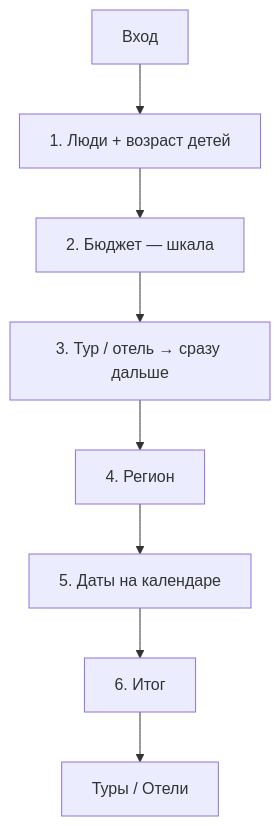
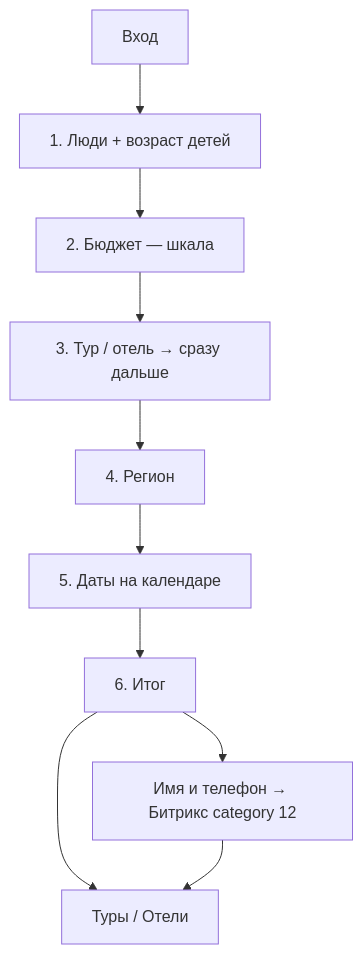
The diagram in docs/podbor-wizard-landing.md (esakovdv-ui/travel-app), drawn with Mermaid before and after one commit. The commit also changed other lines of this file and 7 other files, not shown here.

First line of the commit message:
feat(podbor): имя и телефон → сделка в Битрикс category/12

````diff
--- a/docs/podbor-wizard-landing.md
+++ b/docs/podbor-wizard-landing.md
@@ -33,10 +33,12 @@
 ```mermaid
 flowchart TD
   entry[Вход] --> people[1. Люди + возраст детей]
   people --> budget[2. Бюджет — шкала]
   budget --> format[3. Тур / отель → сразу дальше]
   format --> region[4. Регион]
   region --> dates[5. Даты на календаре]
   dates --> summary[6. Итог]
   summary --> handoff[Туры / Отели]
+  summary --> contact["Имя и телефон → Битрикс category 12"]
+  contact --> handoff
 ```
````
